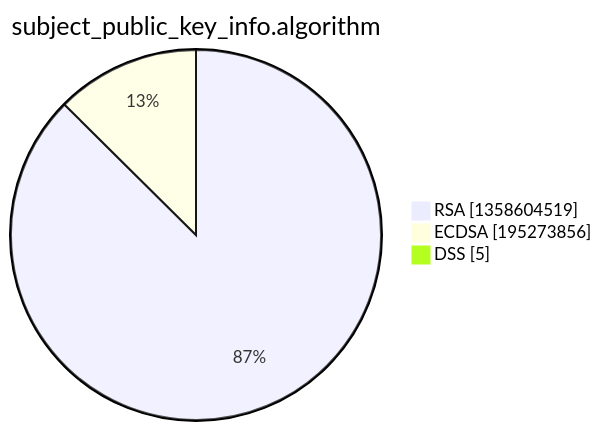
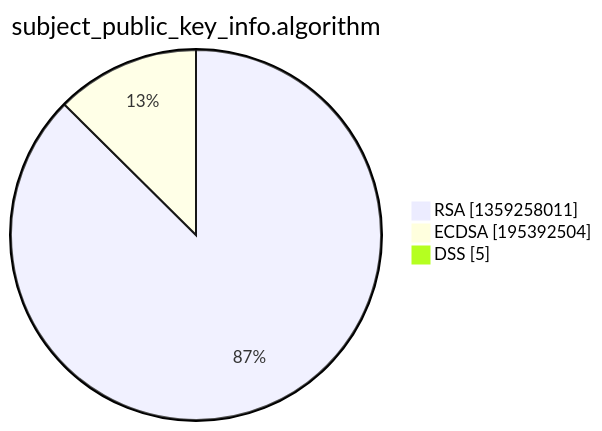
One commit to christiankrug/ctmonitor_visualization changed the third of 15 diagrams in xenon2022/README.md. Above: the diagram before and after it, drawn with Mermaid. The commit also changed other lines of this file, not shown here.

````diff
--- a/xenon2022/README.md
+++ b/xenon2022/README.md
@@ -14,7 +14,7 @@
 ```mermaid
 pie showData
 title subject_public_key_info.algorithm
-"RSA" :1358604519
-"ECDSA" :195273856
+"RSA" :1359258011
+"ECDSA" :195392504
 "DSS" :5
 ```
````
